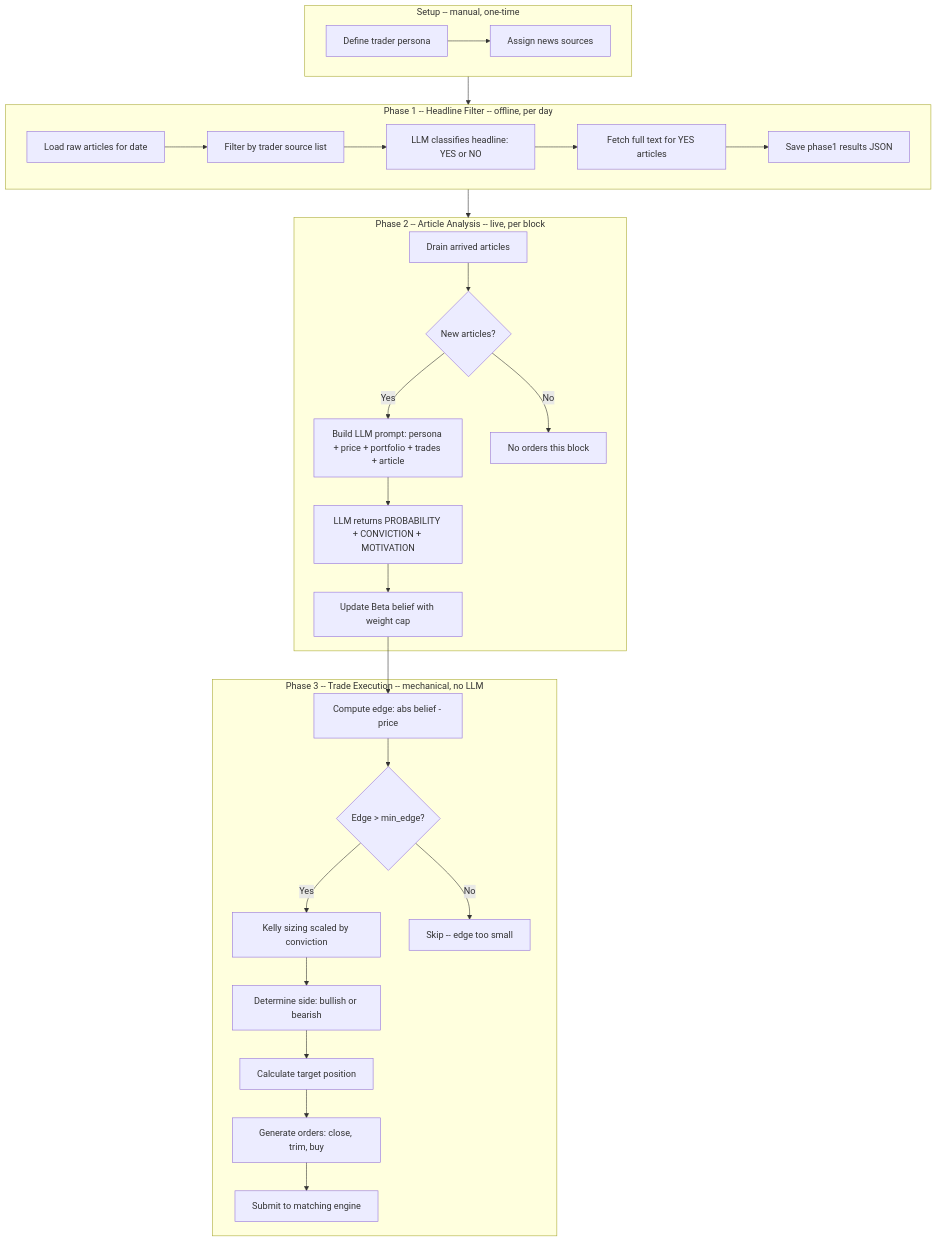
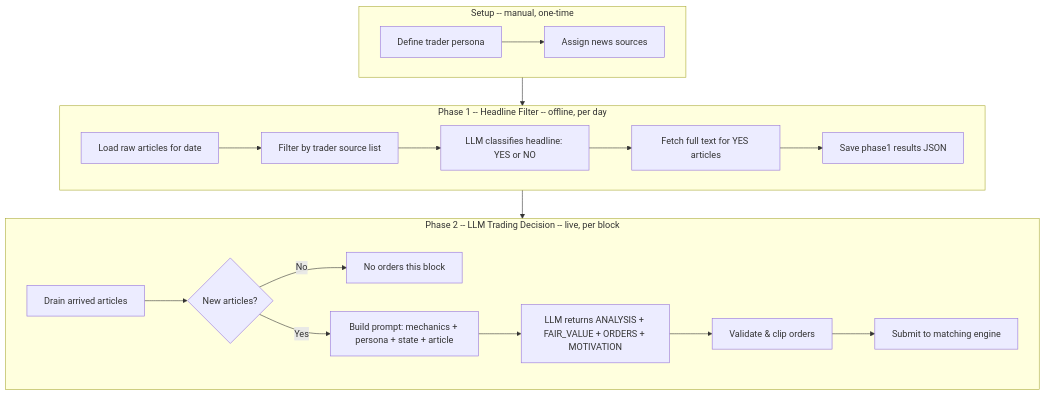
Before and after one commit to MetaB0y/sybil: the diagram in arena/markets/iran/docs/llm-trader-flow.md, drawn with Mermaid. The commit also changed other lines of this file and 15 other files, not shown here.

First line of the commit message:
batch multi-article LLM calls: one decision per block, fix order parsing

````diff
--- a/arena/markets/iran/docs/llm-trader-flow.md
+++ b/arena/markets/iran/docs/llm-trader-flow.md
@@ -7,45 +7,32 @@
 ```mermaid
 flowchart TD
     subgraph SETUP["Setup -- manual, one-time"]
         S1["Define trader persona"]
         S2["Assign news sources"]
         S1 --> S2
     end
 
     subgraph PHASE1["Phase 1 -- Headline Filter -- offline, per day"]
         P1_1["Load raw articles for date"]
         P1_2["Filter by trader source list"]
         P1_3["LLM classifies headline: YES or NO"]
         P1_4["Fetch full text for YES articles"]
         P1_5["Save phase1 results JSON"]
         P1_1 --> P1_2 --> P1_3 --> P1_4 --> P1_5
     end
 
-    subgraph PHASE2["Phase 2 -- Article Analysis -- live, per block"]
+    subgraph PHASE2["Phase 2 -- LLM Trading Decision -- live, per block"]
         P2_1["Drain arrived articles"]
         P2_2{"New articles?"}
-        P2_3["Build LLM prompt: persona + price + portfolio + trades + article"]
-        P2_4["LLM returns PROBABILITY + CONVICTION + MOTIVATION"]
-        P2_5["Update Beta belief with weight cap"]
+        P2_3["Build prompt: mechanics + persona + state + article"]
+        P2_4["LLM returns ANALYSIS + FAIR_VALUE + ORDERS + MOTIVATION"]
+        P2_5["Validate & clip orders"]
+        P2_6["Submit to matching engine"]
         P2_1 --> P2_2
         P2_2 -- No --> IDLE["No orders this block"]
-        P2_2 -- Yes --> P2_3 --> P2_4 --> P2_5
-    end
-
-    subgraph PHASE3["Phase 3 -- Trade Execution -- mechanical, no LLM"]
-        P3_1["Compute edge: abs belief - price"]
-        P3_2{"Edge > min_edge?"}
-        P3_3["Kelly sizing scaled by conviction"]
-        P3_4["Determine side: bullish or bearish"]
-        P3_5["Calculate target position"]
-        P3_6["Generate orders: close, trim, buy"]
-        P3_7["Submit to matching engine"]
-        P2_5 --> P3_1
-        P3_1 --> P3_2
-        P3_2 -- No --> SKIP["Skip -- edge too small"]
-        P3_2 -- Yes --> P3_3 --> P3_4 --> P3_5 --> P3_6 --> P3_7
+        P2_2 -- Yes --> P2_3 --> P2_4 --> P2_5 --> P2_6
     end
 
     SETUP --> PHASE1
     PHASE1 --> PHASE2
 ```
````
